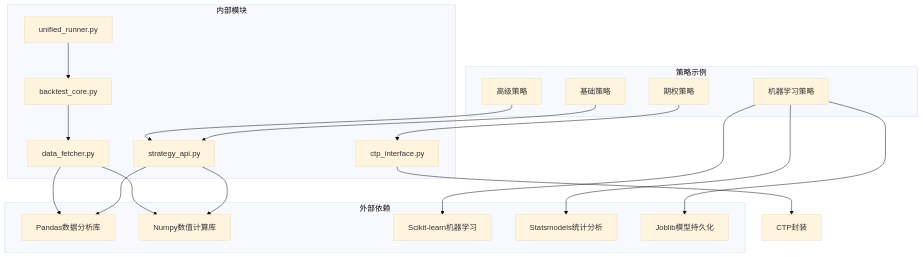
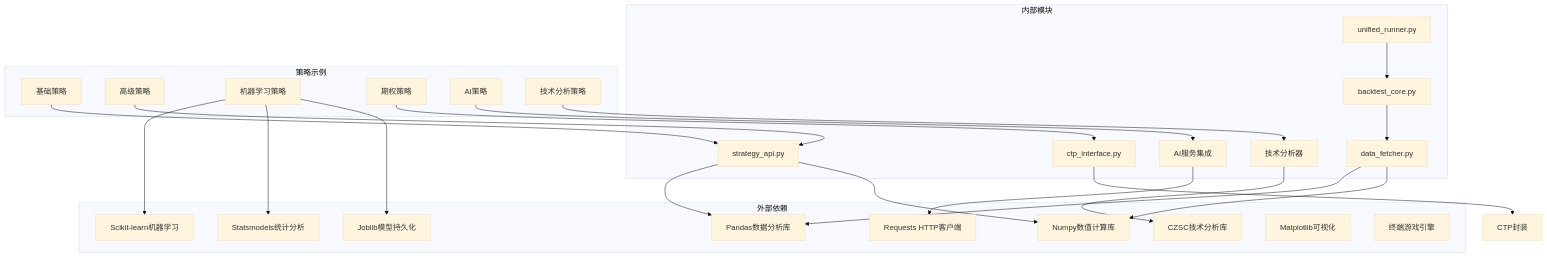
Before and after one commit to maxtwoon/ssquant: diagram 20 of 20 in .qoder/repowiki/zh/content/策略示例详解/策略示例详解.md, drawn with Mermaid (base theme). The commit also changed other lines of this file and 21 other files, not shown here.

````diff
--- a/.qoder/repowiki/zh/content/策略示例详解/策略示例详解.md
+++ b/.qoder/repowiki/zh/content/策略示例详解/策略示例详解.md
@@ -630,36 +814,48 @@
 ```mermaid
 graph TB
 subgraph "外部依赖"
 Pandas[Pandas数据分析库]
 Numpy[Numpy数值计算库]
 ScikitLearn[Scikit-learn机器学习]
 Statsmodels[Statsmodels统计分析]
 Joblib[Joblib模型持久化]
+CZSC[CZSC技术分析库]
+Requests[Requests HTTP客户端]
+Matplotlib[Matplotlib可视化]
+EndGame[终端游戏引擎]
 end
 subgraph "内部模块"
 StrategyAPI[strategy_api.py]
 UnifiedRunner[unified_runner.py]
 BacktestCore[backtest_core.py]
 DataFetcher[data_fetcher.py]
 CTPInterface[ctp_interface.py]
+AIService[AI服务集成]
+TechAnalyzer[技术分析器]
 end
 subgraph "策略示例"
 BasicStrategies[基础策略]
 AdvancedStrategies[高级策略]
 MLStrategies[机器学习策略]
 OptionStrategies[期权策略]
+AIStrategies[AI策略]
+TechStrategies[技术分析策略]
 end
 StrategyAPI --> Pandas
 StrategyAPI --> Numpy
 UnifiedRunner --> BacktestCore
 BacktestCore --> DataFetcher
 DataFetcher --> Pandas
 DataFetcher --> Numpy
 CTPInterface --> CTPWrapper[CTP封装]
+AIService --> Requests
+TechAnalyzer --> CZSC
 BasicStrategies --> StrategyAPI
 AdvancedStrategies --> StrategyAPI
 MLStrategies --> ScikitLearn
 MLStrategies --> Statsmodels
 MLStrategies --> Joblib
 OptionStrategies --> CTPInterface
+AIStrategies --> AIService
+TechStrategies --> TechAnalyzer
 ```
````
